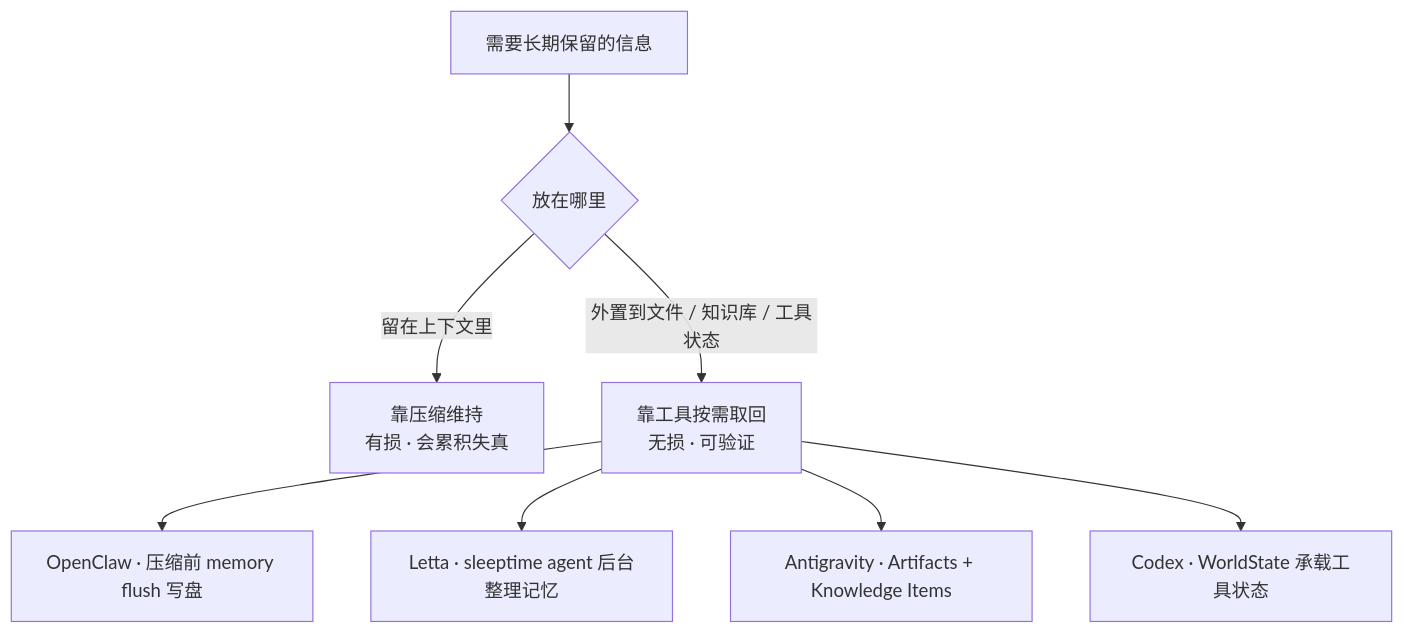
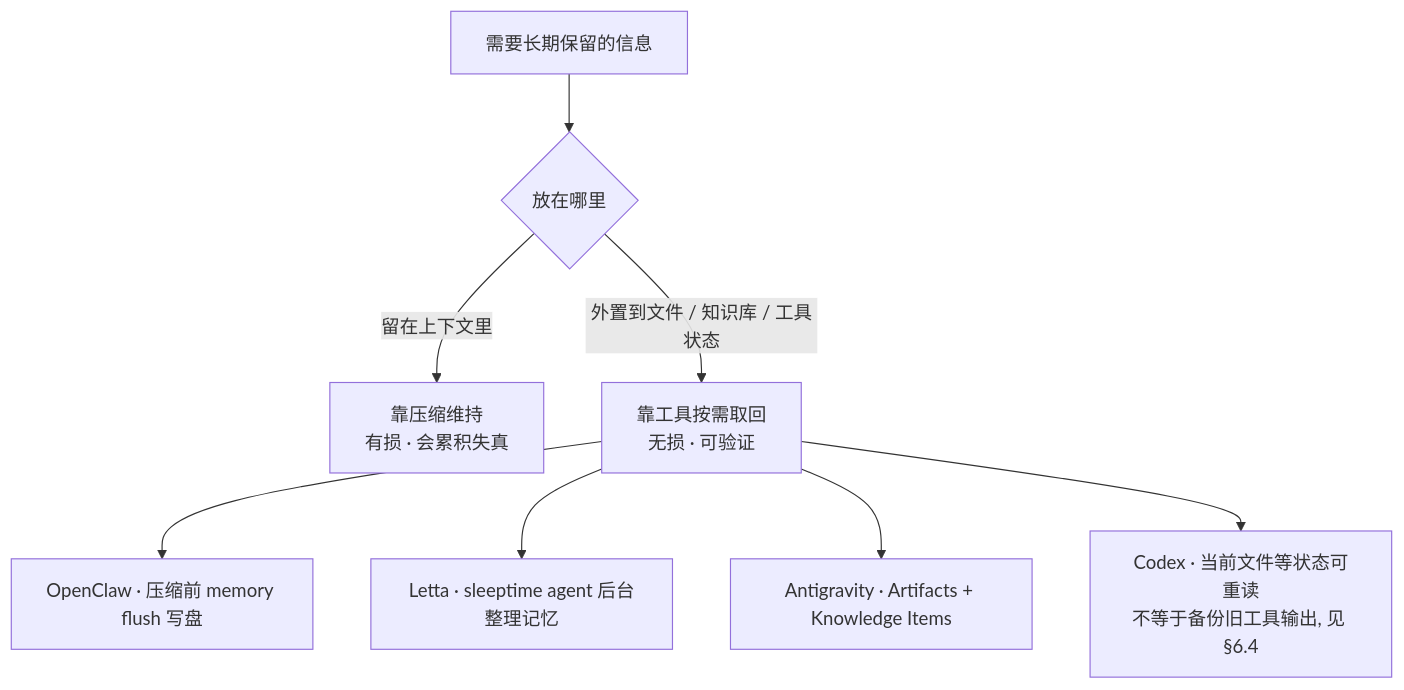
Before and after one commit to caiboyang/ML-learning: the sixth of 19 diagrams in agent-context-compression/Agent_Context_Compression_Research.md, drawn with Mermaid. The commit also changed other lines of this file and 5 other files, not shown here.

First line of the commit message:
docs: 六章图解 Codex Harness、输入装配与上下文管理 (#30)

````diff
--- a/agent-context-compression/Agent_Context_Compression_Research.md
+++ b/agent-context-compression/Agent_Context_Compression_Research.md
@@ -341,10 +343,10 @@
 ```mermaid
 flowchart TD
     S["需要长期保留的信息"] --> Q{"放在哪里"}
     Q -->|"留在上下文里"| A["靠压缩维持<br/>有损 · 会累积失真"]
     Q -->|"外置到文件 / 知识库 / 工具状态"| B["靠工具按需取回<br/>无损 · 可验证"]
     B --> B1["OpenClaw · 压缩前 memory flush 写盘"]
     B --> B2["Letta · sleeptime agent 后台整理记忆"]
     B --> B3["Antigravity · Artifacts + Knowledge Items"]
-    B --> B4["Codex · WorldState 承载工具状态"]
+    B --> B4["Codex · 当前文件等状态可重读<br/>不等于备份旧工具输出, 见 §6.4"]
 ```
````
